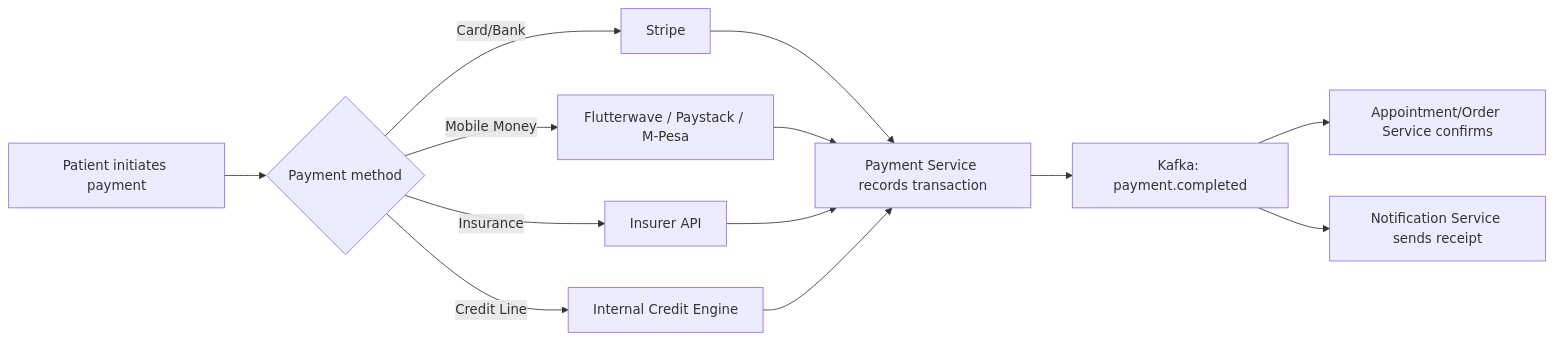
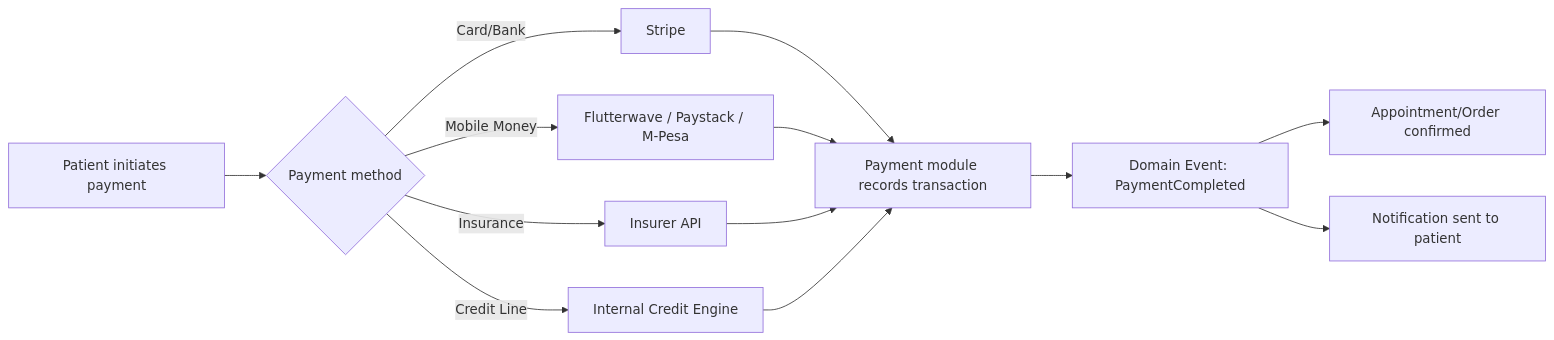
One commit to NlisiMalaba/OnlineHealthcare changed the third of 4 diagrams in planning/design.md. Above: the diagram before and after it, drawn with Mermaid. The commit also changed other lines of this file and 369 other files, not shown here.

Commit message:
redesigning to clean architecture not microservices

````diff
--- a/planning/design.md
+++ b/planning/design.md
@@ -204,12 +201,12 @@
 ```mermaid
 flowchart LR
     A[Patient initiates payment] --> B{Payment method}
     B -->|Card/Bank| C[Stripe]
     B -->|Mobile Money| D[Flutterwave / Paystack / M-Pesa]
     B -->|Insurance| E[Insurer API]
     B -->|Credit Line| F[Internal Credit Engine]
-    C & D & E & F --> G[Payment Service records transaction]
-    G --> H[Kafka: payment.completed]
-    H --> I[Appointment/Order Service confirms]
-    H --> J[Notification Service sends receipt]
+    C & D & E & F --> G[Payment module records transaction]
+    G --> H[Domain Event: PaymentCompleted]
+    H --> I[Appointment/Order confirmed]
+    H --> J[Notification sent to patient]
 ```
````
